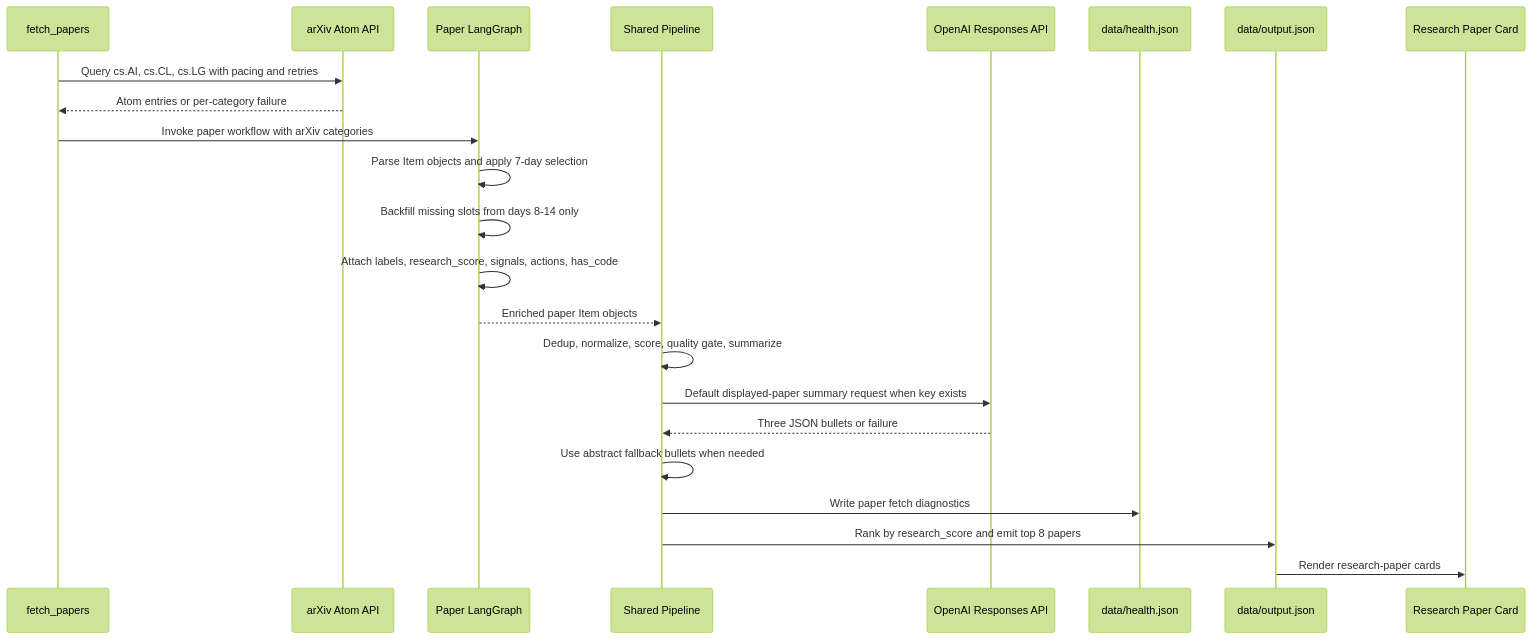
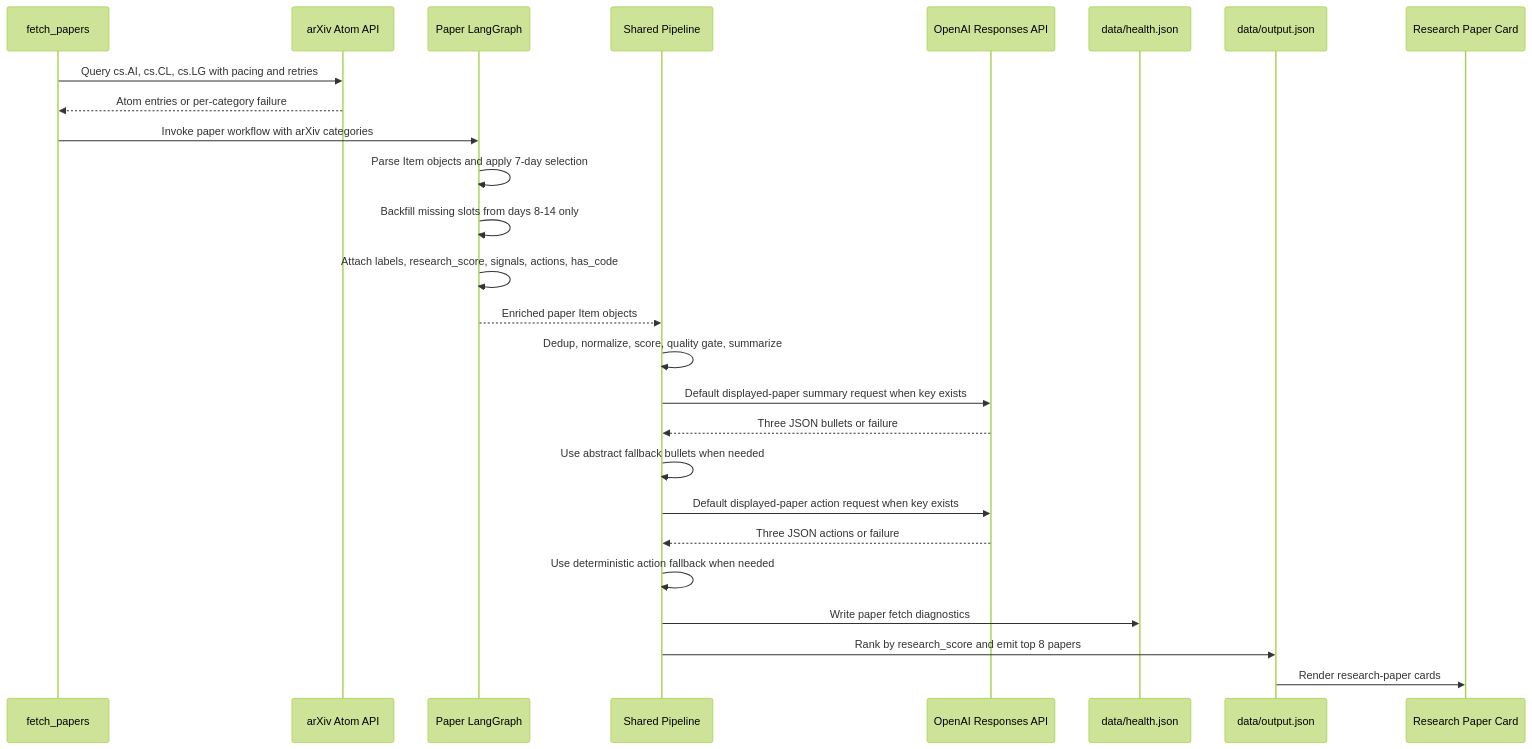
The fourth of 4 diagrams in docs/research-paper-agent-architecture.md (AjinkyaPawale1/ai-news-artifact), drawn with Mermaid (forest theme) before and after one commit. The commit also changed other lines of this file and 22 other files, not shown here.

````diff
--- a/docs/research-paper-agent-architecture.md
+++ b/docs/research-paper-agent-architecture.md
@@ -588,26 +634,29 @@
 ```mermaid
 sequenceDiagram
     participant Fetch as fetch_papers
     participant Arxiv as arXiv Atom API
     participant Graph as Paper LangGraph
     participant Shared as Shared Pipeline
     participant OAI as OpenAI Responses API
     participant Health as data/health.json
     participant Artifact as data/output.json
     participant UI as Research Paper Card
 
     Fetch->>Arxiv: Query cs.AI, cs.CL, cs.LG with pacing and retries
     Arxiv-->>Fetch: Atom entries or per-category failure
     Fetch->>Graph: Invoke paper workflow with arXiv categories
     Graph->>Graph: Parse Item objects and apply 7-day selection
     Graph->>Graph: Backfill missing slots from days 8-14 only
     Graph->>Graph: Attach labels, research_score, signals, actions, has_code
     Graph-->>Shared: Enriched paper Item objects
     Shared->>Shared: Dedup, normalize, score, quality gate, summarize
     Shared->>OAI: Default displayed-paper summary request when key exists
     OAI-->>Shared: Three JSON bullets or failure
     Shared->>Shared: Use abstract fallback bullets when needed
+    Shared->>OAI: Default displayed-paper action request when key exists
+    OAI-->>Shared: Three JSON actions or failure
+    Shared->>Shared: Use deterministic action fallback when needed
     Shared->>Health: Write paper fetch diagnostics
     Shared->>Artifact: Rank by research_score and emit top 8 papers
     Artifact->>UI: Render research-paper cards
 ```
````
